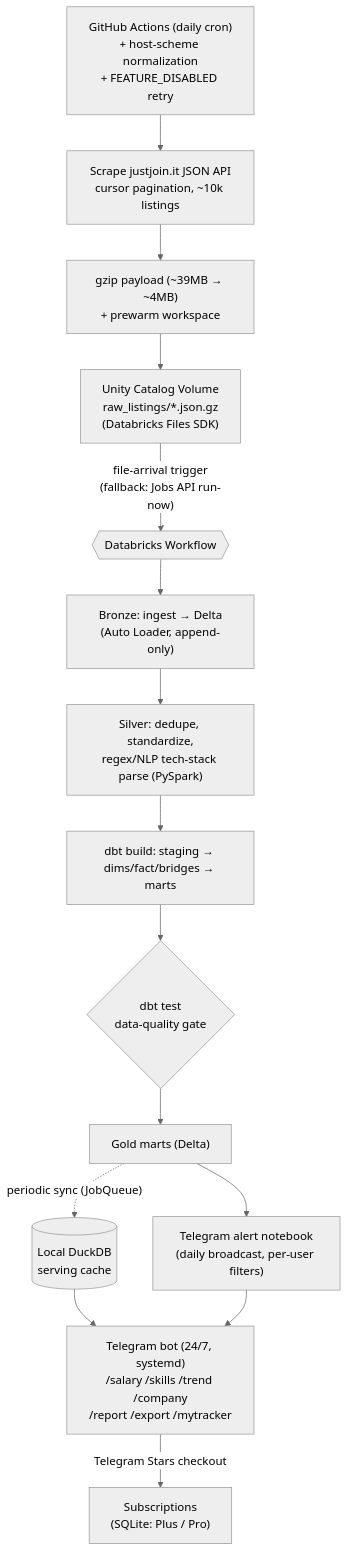
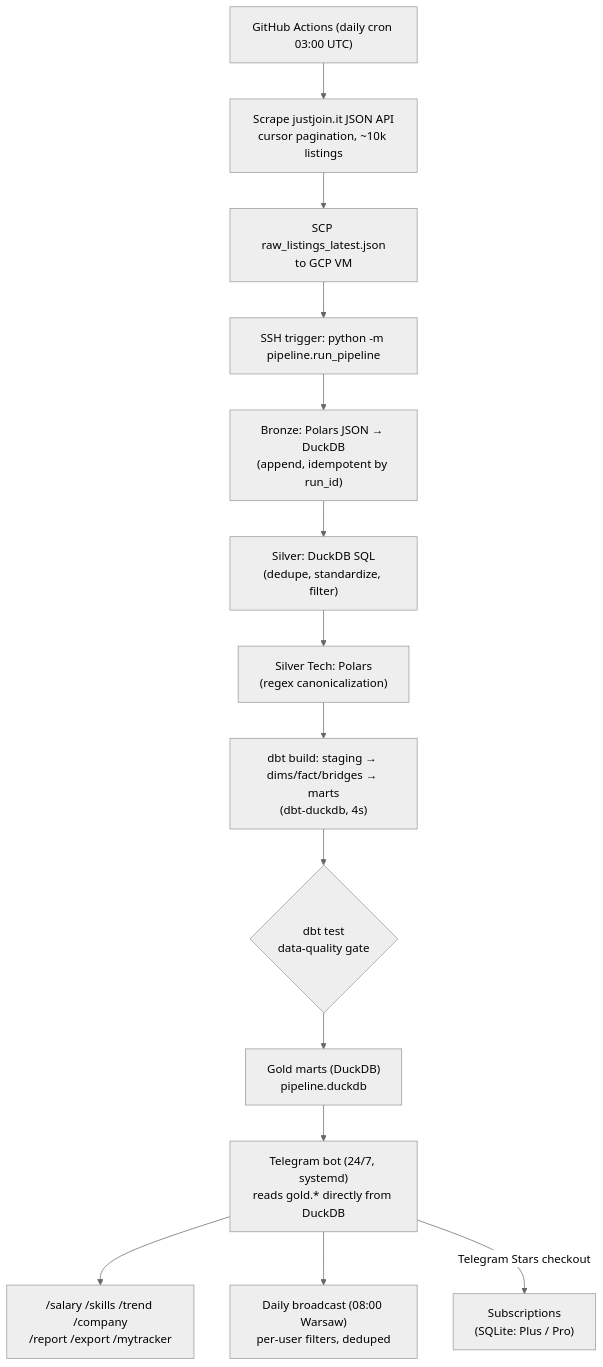
One commit to kromylodd/Polish-It-Job-Market-Intelligence changed the first of 2 diagrams in README.md. Above: the diagram before and after it, drawn with Mermaid (neutral theme). The commit also changed other lines of this file and 30 other files, not shown here.

First line of the commit message:
feat: migrate pipeline from Databricks to self-hosted DuckDB/Polars

````diff
--- a/README.md
+++ b/README.md
@@ -45,18 +45,17 @@
 ```mermaid
 flowchart TD
-    A["GitHub Actions (daily cron)<br/>+ host-scheme normalization<br/>+ FEATURE_DISABLED retry"] --> B["Scrape justjoin.it JSON API<br/>cursor pagination, ~10k listings"]
-    B --> C["gzip payload (~39MB → ~4MB)<br/>+ prewarm workspace"]
-    C --> D["Unity Catalog Volume<br/>raw_listings/*.json.gz<br/>(Databricks Files SDK)"]
-    D -- "file-arrival trigger<br/>(fallback: Jobs API run-now)" --> E{{"Databricks Workflow"}}
-    E --> F["Bronze: ingest → Delta<br/>(Auto Loader, append-only)"]
-    F --> G["Silver: dedupe, standardize,<br/>regex/NLP tech-stack parse (PySpark)"]
-    G --> H["dbt build: staging → dims/fact/bridges → marts"]
+    A["GitHub Actions (daily cron 03:00 UTC)"] --> B["Scrape justjoin.it JSON API<br/>cursor pagination, ~10k listings"]
+    B --> C["SCP raw_listings_latest.json<br/>to GCP VM"]
+    C --> D["SSH trigger: python -m pipeline.run_pipeline"]
+    D --> E["Bronze: Polars JSON → DuckDB<br/>(append, idempotent by run_id)"]
+    E --> F["Silver: DuckDB SQL<br/>(dedupe, standardize, filter)"]
+    F --> G["Silver Tech: Polars<br/>(regex canonicalization)"]
+    G --> H["dbt build: staging → dims/fact/bridges → marts<br/>(dbt-duckdb, 4s)"]
     H --> I{"dbt test<br/>data-quality gate"}
-    I --> J["Gold marts (Delta)"]
-    J --> K["Telegram alert notebook<br/>(daily broadcast, per-user filters)"]
+    I --> J["Gold marts (DuckDB)<br/>pipeline.duckdb"]
 
-    J -. "periodic sync (JobQueue)" .-> L[("Local DuckDB<br/>serving cache")]
-    L --> M["Telegram bot (24/7, systemd)<br/>/salary /skills /trend /company<br/>/report /export /mytracker"]
-    K --> M
-    M -- "Telegram Stars checkout" --> N["Subscriptions<br/>(SQLite: Plus / Pro)"]
+    J --> K["Telegram bot (24/7, systemd)<br/>reads gold.* directly from DuckDB"]
+    K --> L["/salary /skills /trend /company<br/>/report /export /mytracker"]
+    K --> M["Daily broadcast (08:00 Warsaw)<br/>per-user filters, deduped"]
+    K -- "Telegram Stars checkout" --> N["Subscriptions<br/>(SQLite: Plus / Pro)"]
 ```
````
